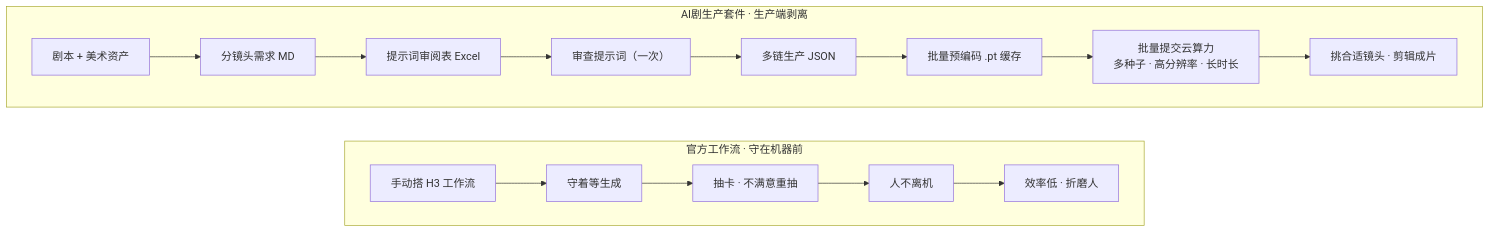
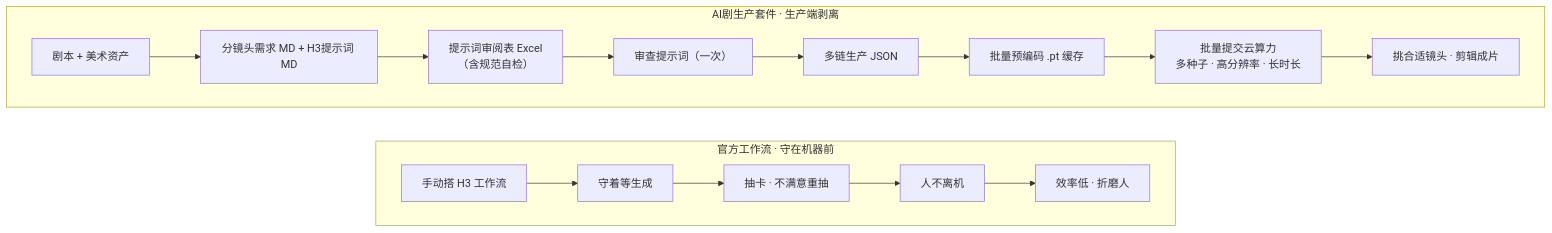
One commit to HEEEeeeeN/ComfyUI-H3-Conditioning-Cache-AI-Drama-Production-Suite changed the diagram in README.md. Above: the diagram before and after it, drawn with Mermaid. The commit also changed other lines of this file and 6 other files, not shown here.

````diff
--- a/README.md
+++ b/README.md
@@ -41,12 +41,12 @@
 ```mermaid
 flowchart LR
     subgraph OFF["官方工作流 · 守在机器前"]
         direction LR
         A1["手动搭 H3 工作流"] --> A2["守着等生成"] --> A3["抽卡 · 不满意重抽"] --> A4["人不离机"] --> A5["效率低 · 折磨人"]
     end
 
     subgraph SUITE["AI剧生产套件 · 生产端剥离"]
         direction LR
-        B1["剧本 + 美术资产"] --> B2["分镜头需求 MD"] --> B3["提示词审阅表 Excel"] --> B4["审查提示词（一次）"] --> B5["多链生产 JSON"] --> B6["批量预编码 .pt 缓存"] --> B7["批量提交云算力<br/>多种子 · 高分辨率 · 长时长"] --> B8["挑合适镜头 · 剪辑成片"]
+        B1["剧本 + 美术资产"] --> B2["分镜头需求 MD + H3提示词 MD"] --> B3["提示词审阅表 Excel<br/>（含规范自检）"] --> B4["审查提示词（一次）"] --> B5["多链生产 JSON"] --> B6["批量预编码 .pt 缓存"] --> B7["批量提交云算力<br/>多种子 · 高分辨率 · 长时长"] --> B8["挑合适镜头 · 剪辑成片"]
     end
 ```
````
